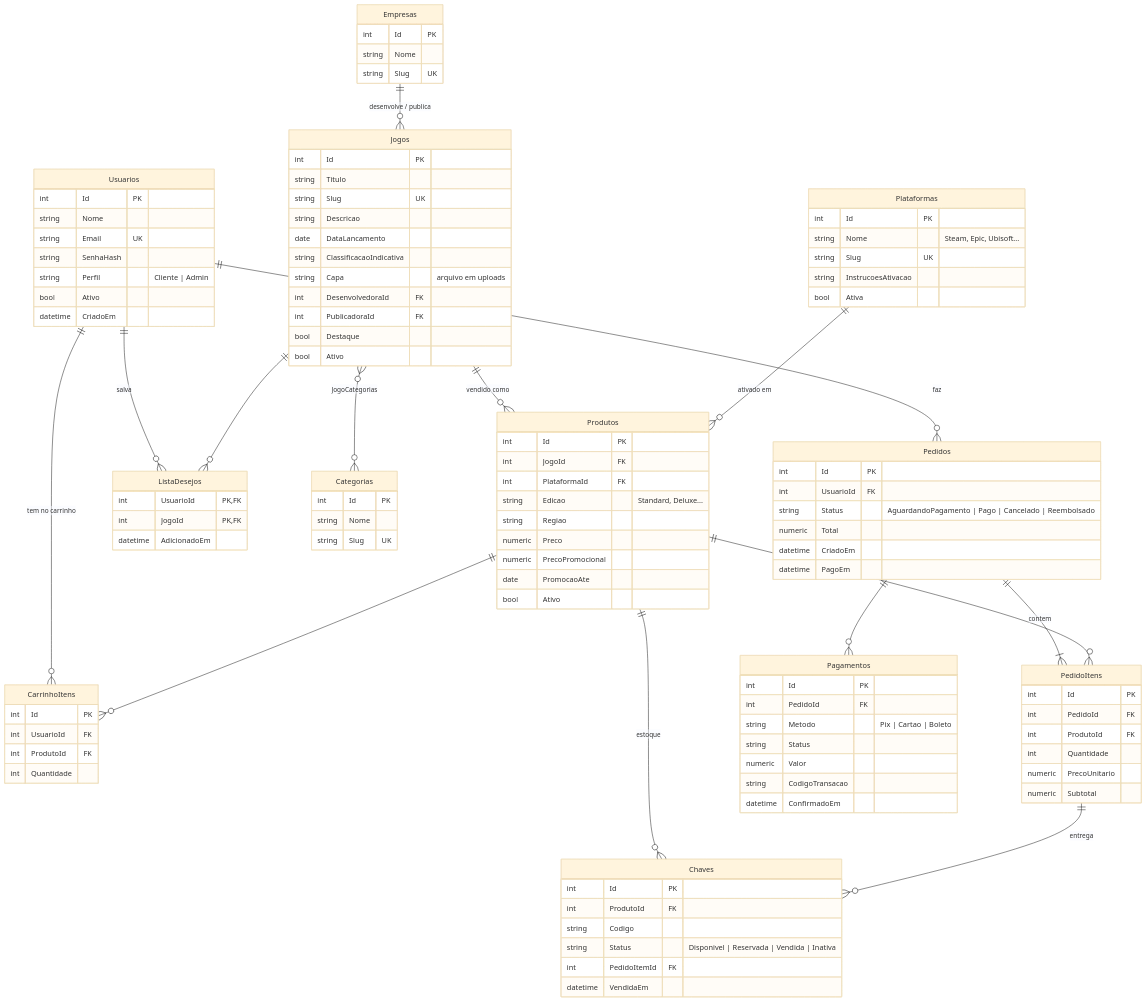
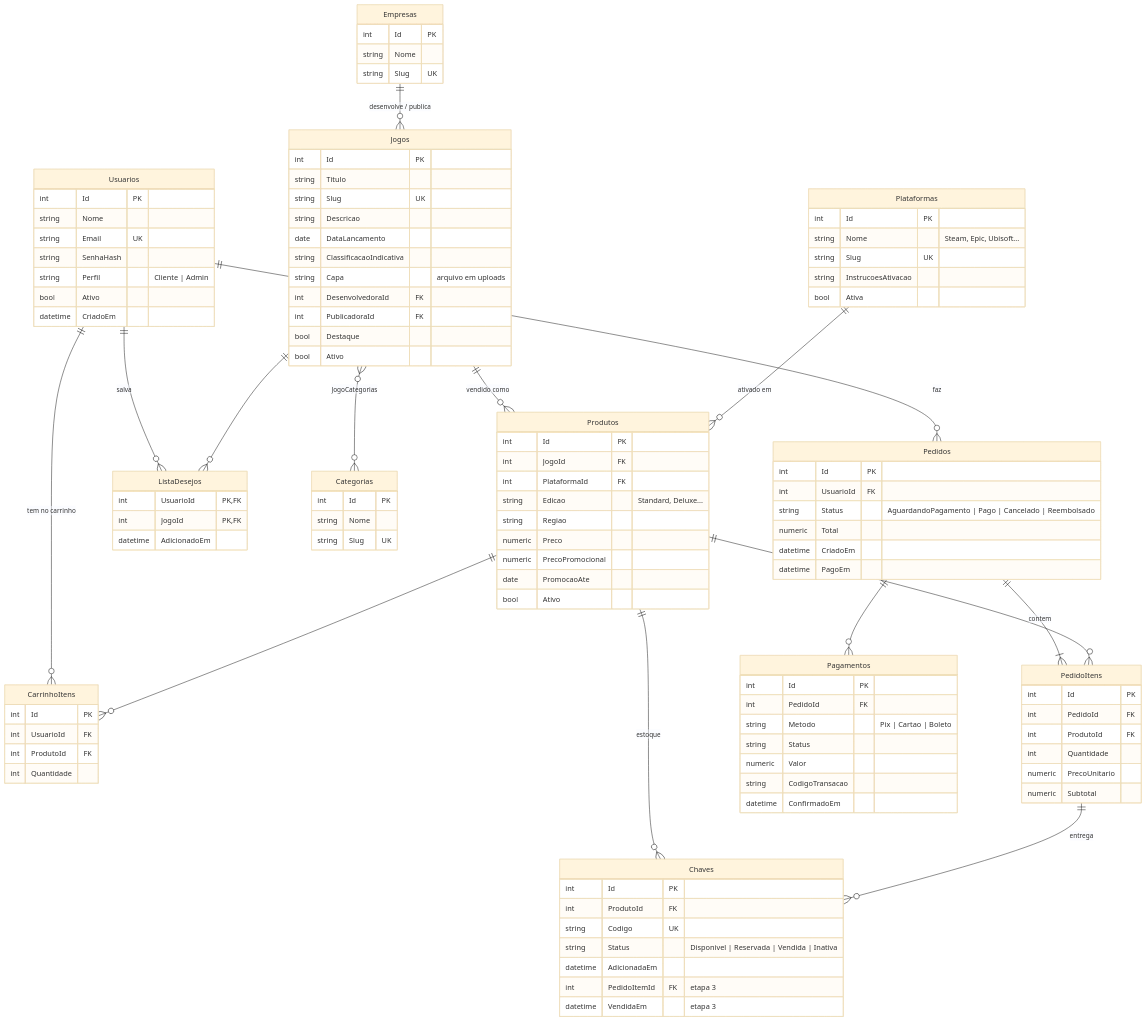
One commit to viniciusdepaula25/clouud changed the second of 2 diagrams in docs/modelo-de-dados.md. Above: the diagram before and after it, drawn with Mermaid (base theme). The commit also changed other lines of this file and 20 other files, not shown here.

```diff
--- a/docs/modelo-de-dados.md
+++ b/docs/modelo-de-dados.md
@@ -135,10 +135,11 @@
     Chaves {
         int Id PK
         int ProdutoId FK
-        string Codigo
+        string Codigo UK
         string Status "Disponivel | Reservada | Vendida | Inativa"
-        int PedidoItemId FK
-        datetime VendidaEm
+        datetime AdicionadaEm
+        int PedidoItemId FK "etapa 3"
+        datetime VendidaEm "etapa 3"
     }
     CarrinhoItens {
         int Id PK
```
